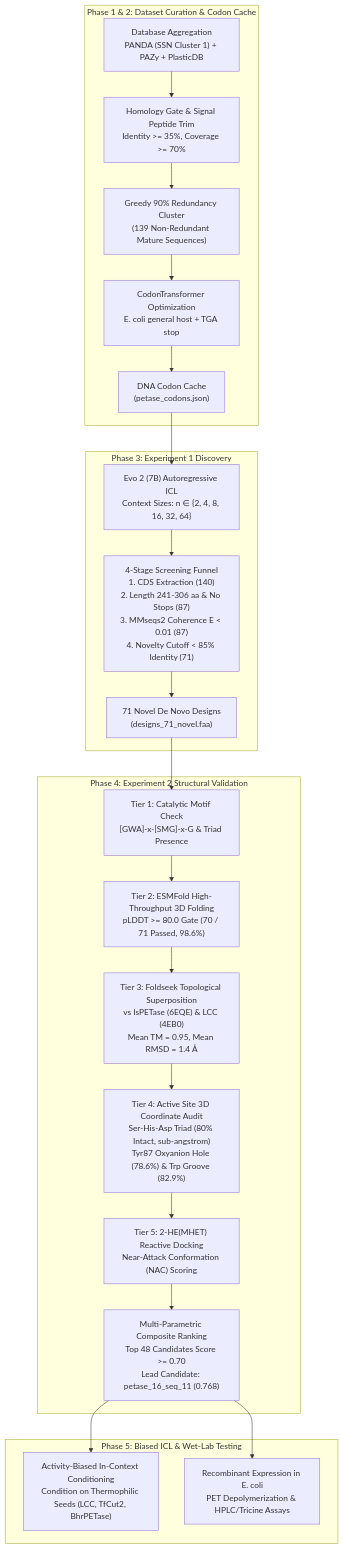
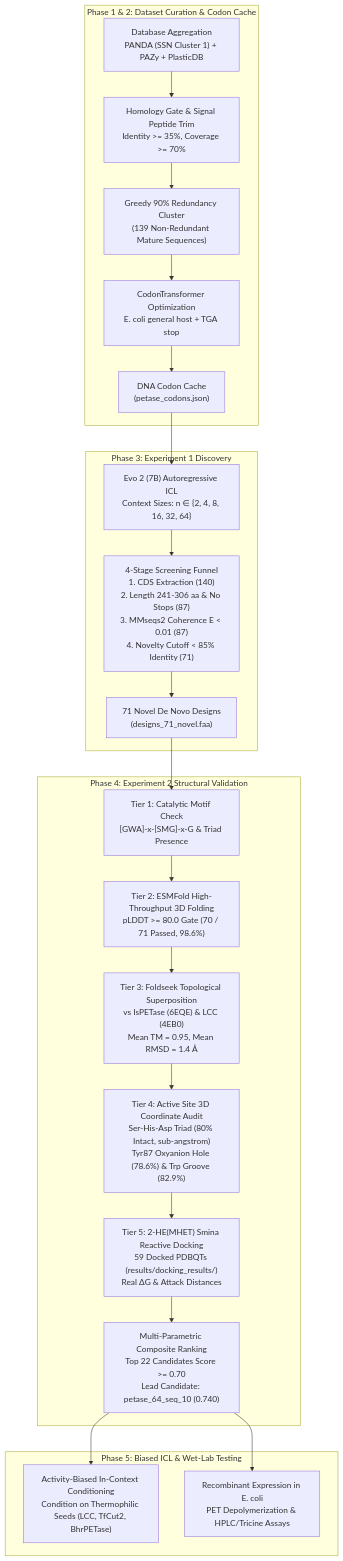
The diagram in README.md (deepanshu-yadav/EVO_2_PETase), drawn with Mermaid before and after one commit. The commit also changed other lines of this file and 4 other files, not shown here.

````diff
--- a/README.md
+++ b/README.md
@@ -57,29 +57,29 @@
 ```mermaid
 flowchart TD
     subgraph Phase1_2 ["Phase 1 & 2: Dataset Curation & Codon Cache"]
         A["Database Aggregation<br/>PANDA (SSN Cluster 1) + PAZy + PlasticDB"] --> B["Homology Gate & Signal Peptide Trim<br/>Identity >= 35%, Coverage >= 70%"]
         B --> C["Greedy 90% Redundancy Cluster<br/>(139 Non-Redundant Mature Sequences)"]
         C --> D["CodonTransformer Optimization<br/>E. coli general host + TGA stop"]
         D --> E["DNA Codon Cache<br/>(petase_codons.json)"]
     end
 
     subgraph Exp1 ["Phase 3: Experiment 1 Discovery"]
         E --> F["Evo 2 (7B) Autoregressive ICL<br/>Context Sizes: n ∈ {2, 4, 8, 16, 32, 64}"]
         F --> G["4-Stage Screening Funnel<br/>1. CDS Extraction (140)<br/>2. Length 241-306 aa & No Stops (87)<br/>3. MMseqs2 Coherence E < 0.01 (87)<br/>4. Novelty Cutoff < 85% Identity (71)"]
         G --> H["71 Novel De Novo Designs<br/>(designs_71_novel.faa)"]
     end
 
     subgraph Exp2 ["Phase 4: Experiment 2 Structural Validation"]
         H --> I["Tier 1: Catalytic Motif Check<br/>[GWA]-x-[SMG]-x-G & Triad Presence"]
         I --> J["Tier 2: ESMFold High-Throughput 3D Folding<br/>pLDDT >= 80.0 Gate (70 / 71 Passed, 98.6%)"]
         J --> K["Tier 3: Foldseek Topological Superposition<br/>vs IsPETase (6EQE) & LCC (4EB0)<br/>Mean TM = 0.95, Mean RMSD = 1.4 Å"]
         K --> L["Tier 4: Active Site 3D Coordinate Audit<br/>Ser-His-Asp Triad (80% Intact, sub-angstrom)<br/>Tyr87 Oxyanion Hole (78.6%) & Trp Groove (82.9%)"]
-        L --> M["Tier 5: 2-HE(MHET) Reactive Docking<br/>Near-Attack Conformation (NAC) Scoring"]
-        M --> N["Multi-Parametric Composite Ranking<br/>Top 48 Candidates Score >= 0.70<br/>Lead Candidate: petase_16_seq_11 (0.768)"]
+        L --> M["Tier 5: 2-HE(MHET) Smina Reactive Docking<br/>59 Docked PDBQTs (results/docking_results/)<br/>Real ΔG & Attack Distances"]
+        M --> N["Multi-Parametric Composite Ranking<br/>Top 22 Candidates Score >= 0.70<br/>Lead Candidate: petase_64_seq_10 (0.740)"]
     end
 
     subgraph Phase3 ["Phase 5: Biased ICL & Wet-Lab Testing"]
         N --> O["Activity-Biased In-Context Conditioning<br/>Condition on Thermophilic Seeds (LCC, TfCut2, BhrPETase)"]
         N --> P["Recombinant Expression in E. coli<br/>PET Depolymerization & HPLC/Tricine Assays"]
     end
 ```
````
